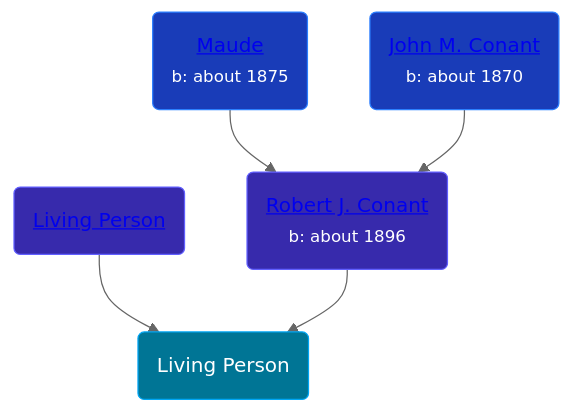
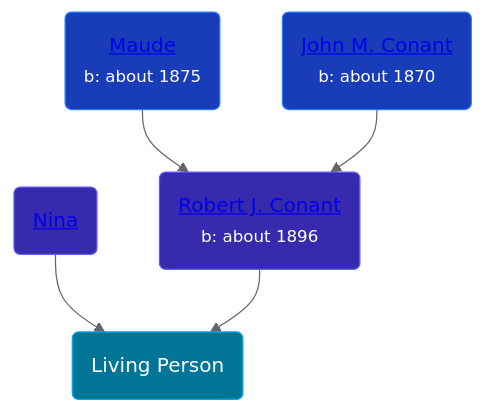
The diagram in pages/people/3/38299190.md (wpmgotkh/wpmgotkh.github.io), drawn with Mermaid (neutral theme) before and after one commit. The commit also changed other lines of this file and 586 other files, not shown here.

Commit message:
feat: better shouldConsiderPersonLiving algo

````diff
--- a/pages/people/3/38299190.md
+++ b/pages/people/3/38299190.md
@@ -10,11 +10,11 @@
 ```mermaid
 graph
 classDef grands fill:#193cb8,stroke:#2b7fff,stroke-width:1px,color:#fff;
 classDef parents fill:#372aac,stroke:#615fff,stroke-width:1px,color:#fff;
 classDef primary fill:#007595,stroke:#00a6f4,stroke-width:1px,color:#fff;
 38299190(Living Person):::primary
-73409066(<a class="text-white" href="/people/7/73409066">Living Person</a>):::parents-->38299190
+73409066(<a class="text-white" href="/people/7/73409066">Nina </a>):::parents-->38299190
 75124444(<a class="text-white" href="/people/7/75124444">Robert J. Conant</a><br /><small>b: about 1896</small>):::parents-->38299190
 58402932(<a class="text-white" href="/people/5/58402932">Maude </a><br /><small>b: about 1875</small>):::grands-->75124444
 38989658(<a class="text-white" href="/people/3/38989658">John M. Conant</a><br /><small>b: about 1870</small>):::grands-->75124444
 ```
````
